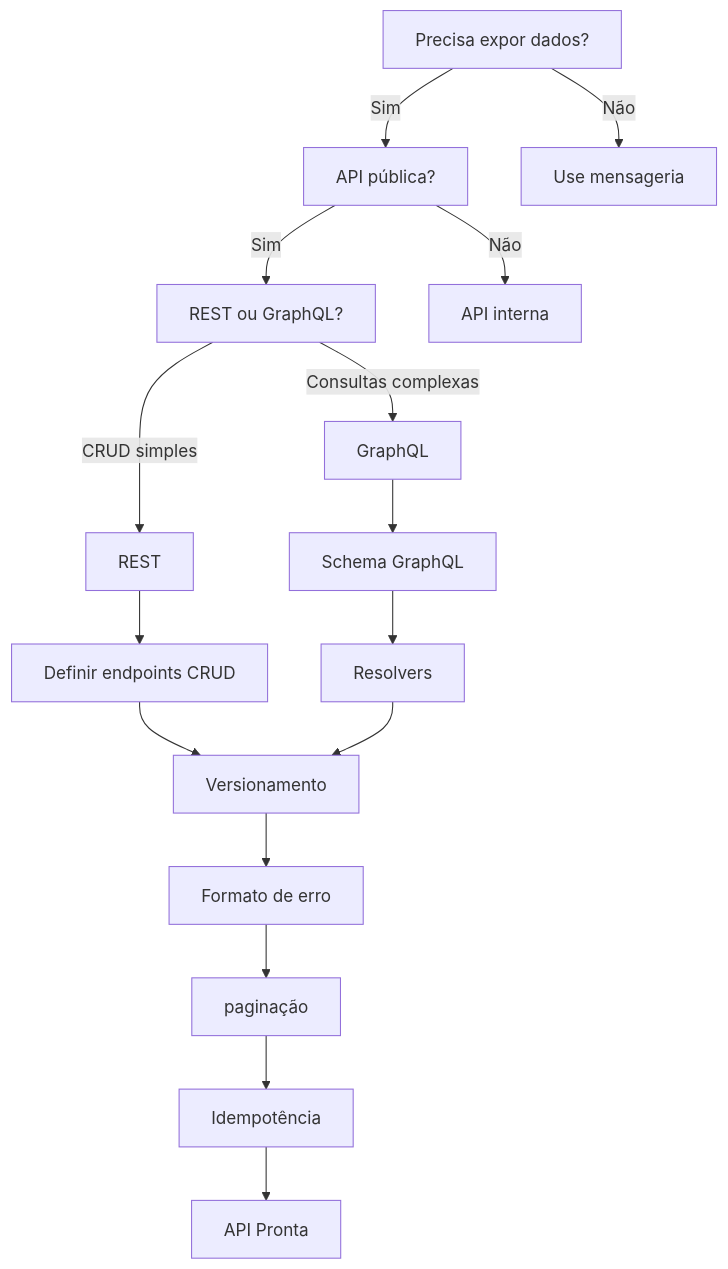
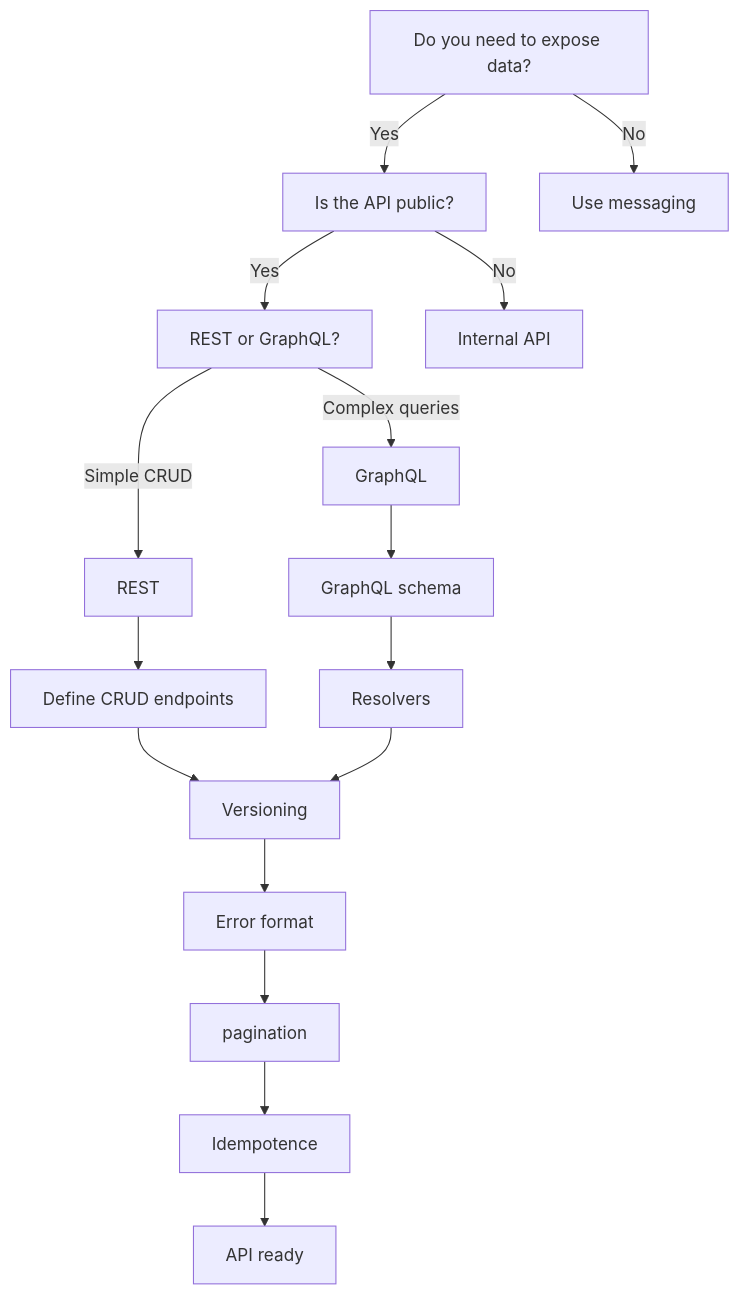
One commit to lscheffel/ignite-agents-skills changed the diagram in skills/api-design/SKILL.md. Above: the diagram before and after it, drawn with Mermaid. The commit also changed other lines of this file and 1024 other files, not shown here.

````diff
--- a/skills/api-design/SKILL.md
+++ b/skills/api-design/SKILL.md
@@ -34,18 +45,18 @@
 ```mermaid
 graph TD
-    A[Precisa expor dados?] -->|Sim| B[API pública?]
-    A -->|Não| C[Use mensageria]
-    B -->|Sim| D[REST ou GraphQL?]
-    B -->|Não| E[API interna]
-    D -->|CRUD simples| F[REST]
-    D -->|Consultas complexas| G[GraphQL]
-    F --> H[Definir endpoints CRUD]
-    H --> I[Versionamento]
-    I --> J[Formato de erro]
-    J --> K[ paginação]
-    K --> L[Idempotência]
-    L --> M[API Pronta]
-    G --> N[Schema GraphQL]
+    A[Do you need to expose data?] -->|Yes| B[Is the API public?]
+    A -->|No| C[Use messaging]
+    B -->|Yes| D[REST or GraphQL?]
+    B -->|No| E[Internal API]
+    D -->|Simple CRUD| F[REST]
+    D -->|Complex queries| G[GraphQL]
+    F --> H[Define CRUD endpoints]
+    H --> I[Versioning]
+    I --> J[Error format]
+    J --> K[ pagination]
+    K --> L[Idempotence]
+    L --> M[API ready]
+    G --> N[GraphQL schema]
     N --> O[Resolvers]
     O --> I
 ```
````
